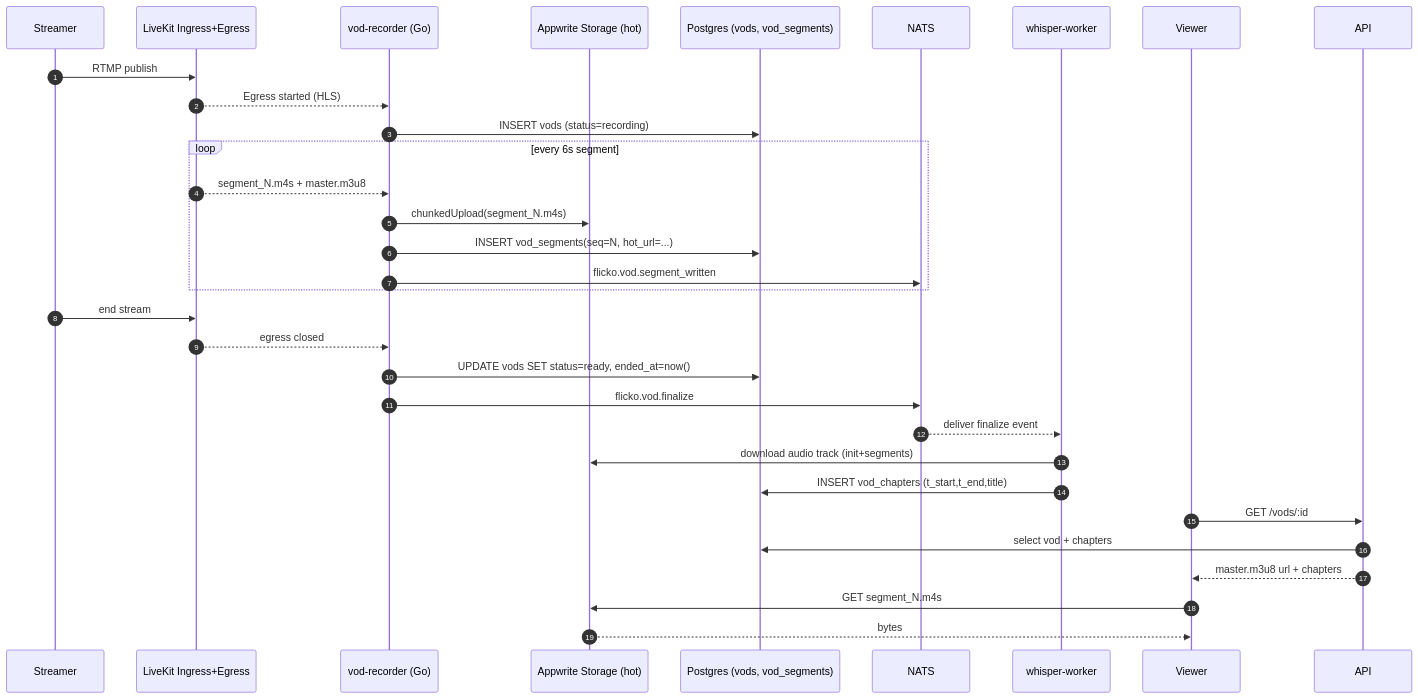
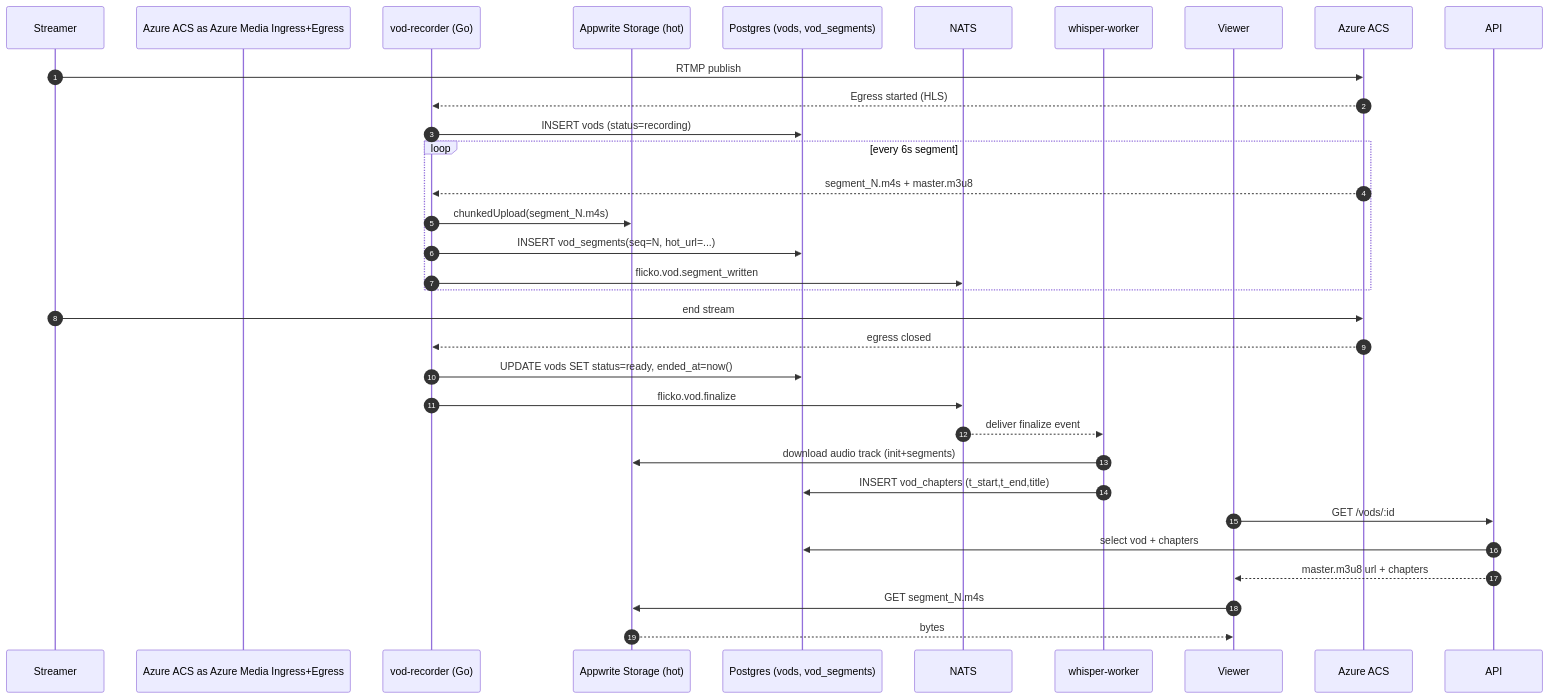
Before and after one commit to Santosh-Prasad-Verma/Flicko: the first of 2 diagrams in missing-features/11-streaming/vod-storage/APPFLOW.md, drawn with Mermaid. The commit also changed other lines of this file and 225 other files, not shown here.

Commit message:
feat: eliminate legacy LiveKit references, align with Azure ACS VoIP stack, and prune docs (#84)

````diff
--- a/missing-features/11-streaming/vod-storage/APPFLOW.md
+++ b/missing-features/11-streaming/vod-storage/APPFLOW.md
@@ -5,35 +5,35 @@
 ```mermaid
 sequenceDiagram
     autonumber
     participant Streamer
-    participant LiveKit as LiveKit Ingress+Egress
+    participant Azure ACS as Azure Media Ingress+Egress
     participant Rec as vod-recorder (Go)
     participant AW as Appwrite Storage (hot)
     participant DB as Postgres (vods, vod_segments)
     participant NATS
     participant Whisper as whisper-worker
     participant Viewer
 
-    Streamer->>LiveKit: RTMP publish
-    LiveKit-->>Rec: Egress started (HLS)
+    Streamer->>Azure ACS: RTMP publish
+    Azure ACS-->>Rec: Egress started (HLS)
     Rec->>DB: INSERT vods (status=recording)
     loop every 6s segment
-        LiveKit-->>Rec: segment_N.m4s + master.m3u8
+        Azure ACS-->>Rec: segment_N.m4s + master.m3u8
         Rec->>AW: chunkedUpload(segment_N.m4s)
         Rec->>DB: INSERT vod_segments(seq=N, hot_url=...)
         Rec->>NATS: flicko.vod.segment_written
     end
-    Streamer->>LiveKit: end stream
-    LiveKit-->>Rec: egress closed
+    Streamer->>Azure ACS: end stream
+    Azure ACS-->>Rec: egress closed
     Rec->>DB: UPDATE vods SET status=ready, ended_at=now()
     Rec->>NATS: flicko.vod.finalize
     NATS-->>Whisper: deliver finalize event
     Whisper->>AW: download audio track (init+segments)
     Whisper->>DB: INSERT vod_chapters (t_start,t_end,title)
 
     Viewer->>API: GET /vods/:id
     API->>DB: select vod + chapters
     API-->>Viewer: master.m3u8 url + chapters
     Viewer->>AW: GET segment_N.m4s
     AW-->>Viewer: bytes
 ```
````
